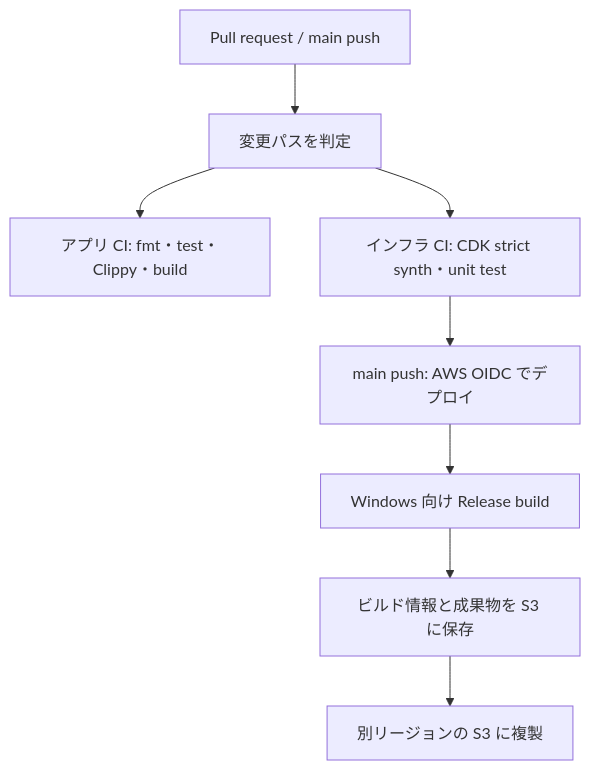
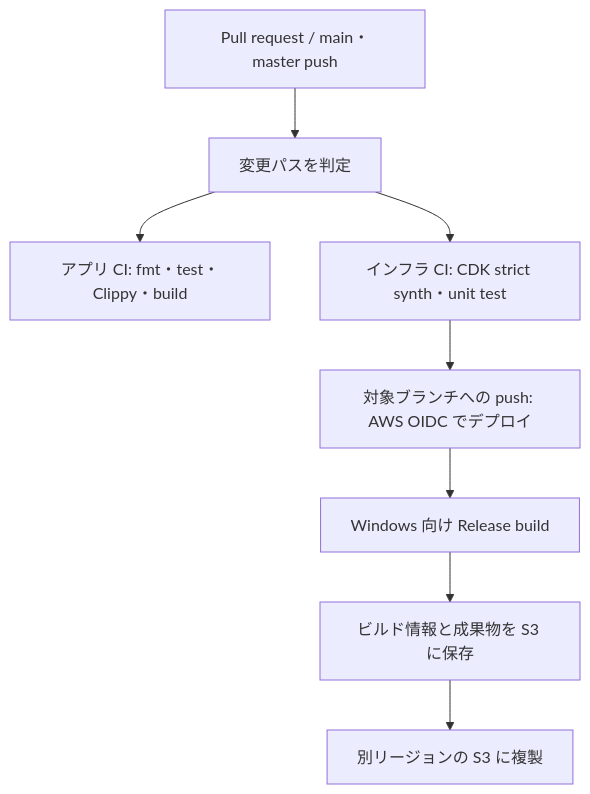
The diagram in README.md (sasakisenhi/Bevy_AWS_lesson), drawn with Mermaid before and after one commit. The commit also changed other lines of this file and 2 other files, not shown here.

Commit message:
docs: close phase 1 with verified AWS pipeline

````diff
--- a/README.md
+++ b/README.md
@@ -20,10 +26,10 @@
 ```mermaid
 flowchart TD
-    A["Pull request / main push"] --> B["変更パスを判定"]
+    A["Pull request / main・master push"] --> B["変更パスを判定"]
     B --> C["アプリ CI: fmt・test・Clippy・build"]
     B --> D["インフラ CI: CDK strict synth・unit test"]
-    D --> E["main push: AWS OIDC でデプロイ"]
+    D --> E["対象ブランチへの push: AWS OIDC でデプロイ"]
     E --> F["Windows 向け Release build"]
     F --> G["ビルド情報と成果物を S3 に保存"]
     G --> H["別リージョンの S3 に複製"]
 ```
````
